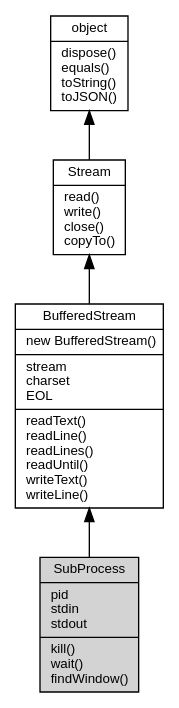
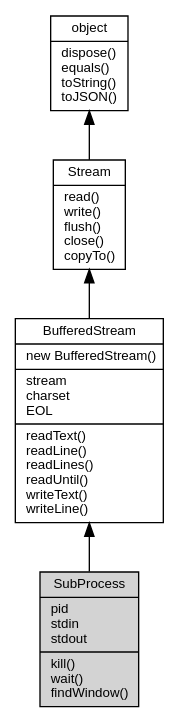
One commit to fibjs/fibjs.org changed the diagram in docs/manual/object/ifs/SubProcess.md. Above: the diagram before and after it, drawn with Graphviz. The commit also changed other lines of this file and 289 other files, not shown here.

````diff
--- a/docs/manual/object/ifs/SubProcess.md
+++ b/docs/manual/object/ifs/SubProcess.md
@@ -10,14 +10,14 @@
 ```dot
 digraph {
     node [fontname="Helvetica,sans-Serif", fontsize=10, shape="record", style="filled", fillcolor="white"];
 
     object [tooltip="object", URL="object.md", label="{object|dispose()\lequals()\ltoString()\ltoJSON()\l}"];
-    Stream [tooltip="Stream", URL="Stream.md", label="{Stream|read()\lwrite()\lclose()\lcopyTo()\l}"];
+    Stream [tooltip="Stream", URL="Stream.md", label="{Stream|read()\lwrite()\lflush()\lclose()\lcopyTo()\l}"];
     BufferedStream [tooltip="BufferedStream", URL="BufferedStream.md", label="{BufferedStream|new BufferedStream()\l|stream\lcharset\lEOL\l|readText()\lreadLine()\lreadLines()\lreadUntil()\lwriteText()\lwriteLine()\l}"];
-    SubProcess [tooltip="SubProcess", fillcolor="lightgray", label="{SubProcess|pid\lstdin\lstdout\l|kill()\lwait()\lfindWindow()\l}"];
+    SubProcess [tooltip="SubProcess", fillcolor="lightgray", id="me", label="{SubProcess|pid\lstdin\lstdout\l|kill()\lwait()\lfindWindow()\l}"];
 
     object -> Stream [dir=back];
     Stream -> BufferedStream [dir=back];
     BufferedStream -> SubProcess [dir=back];
 }
 ```
````
